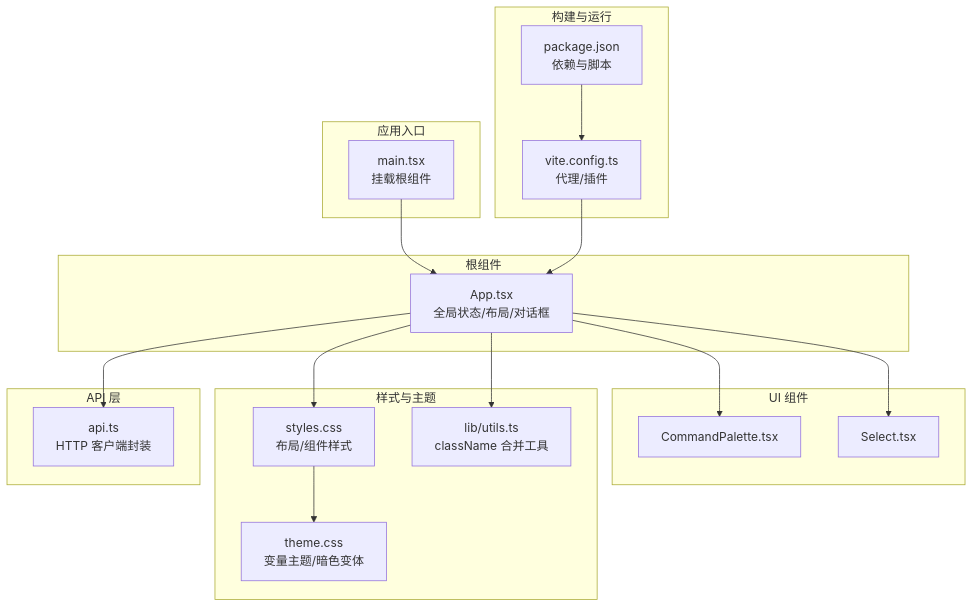
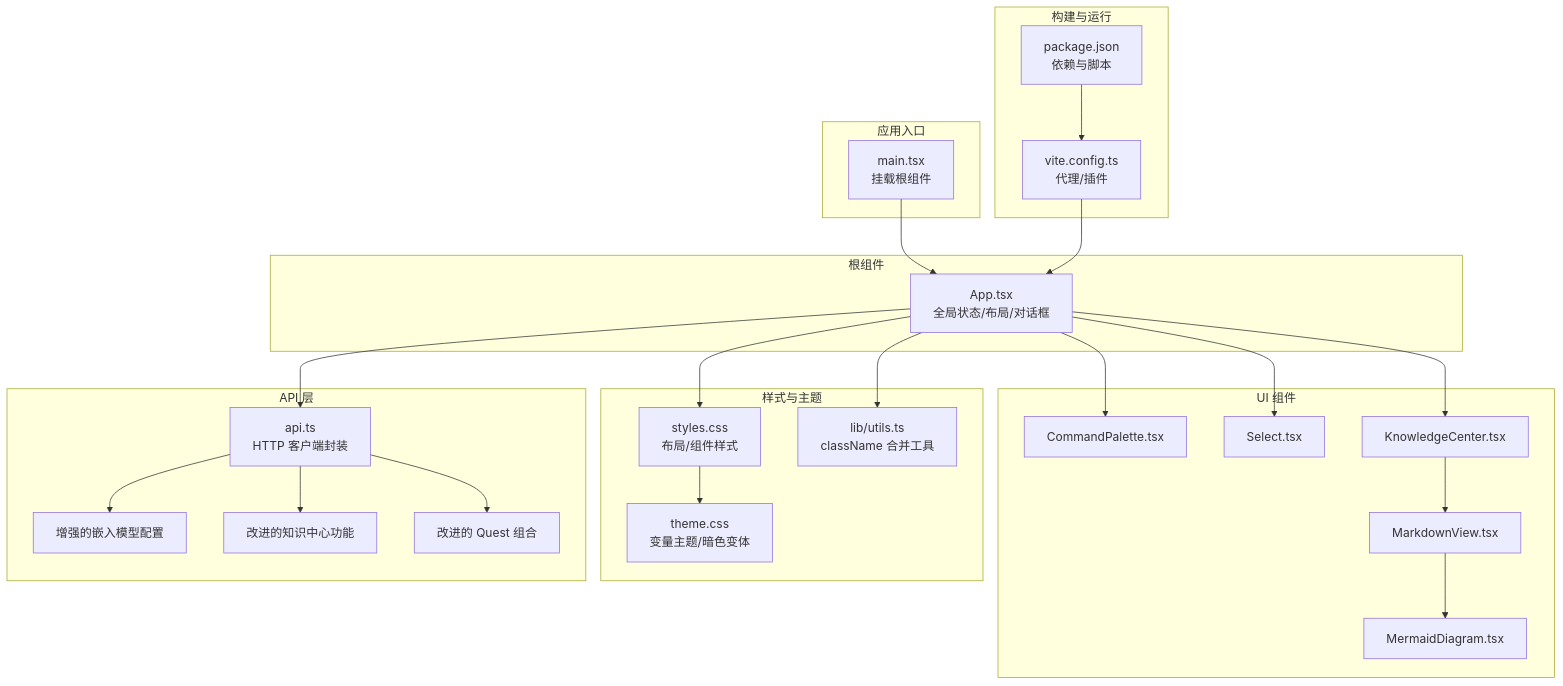
The first of 14 diagrams in .qoder/repowiki/zh/content/Web 前端应用/Web 前端应用.md (coconilu/RepoHelm), drawn with Mermaid before and after one commit. The commit also changed other lines of this file and 9 other files, not shown here.

First line of the commit message:
docs(zh): add KnowledgeCenter, Markdown & Mermaid

````diff
--- a/.qoder/repowiki/zh/content/Web 前端应用/Web 前端应用.md
+++ b/.qoder/repowiki/zh/content/Web 前端应用/Web 前端应用.md
@@ -55,34 +61,46 @@
 ```mermaid
 graph TB
 subgraph "应用入口"
 MAIN["main.tsx<br/>挂载根组件"]
 end
 subgraph "根组件"
 APP["App.tsx<br/>全局状态/布局/对话框"]
 end
 subgraph "UI 组件"
 CMD["CommandPalette.tsx"]
 SEL["Select.tsx"]
+KC["KnowledgeCenter.tsx"]
+MD["MarkdownView.tsx"]
+MG["MermaidDiagram.tsx"]
 end
 subgraph "样式与主题"
 STY["styles.css<br/>布局/组件样式"]
 THM["theme.css<br/>变量主题/暗色变体"]
 UTL["lib/utils.ts<br/>className 合并工具"]
 end
 subgraph "API 层"
 API["api.ts<br/>HTTP 客户端封装"]
+END["增强的嵌入模型配置"]
+END2["改进的知识中心功能"]
+END3["改进的 Quest 组合"]
 end
 subgraph "构建与运行"
 PKG["package.json<br/>依赖与脚本"]
 VITE["vite.config.ts<br/>代理/插件"]
 end
 MAIN --> APP
 APP --> CMD
 APP --> SEL
+APP --> KC
+KC --> MD
+MD --> MG
 APP --> API
 APP --> STY
 STY --> THM
 APP --> UTL
 PKG --> VITE
 VITE --> APP
+API --> END
+API --> END2
+API --> END3
 ```
````
